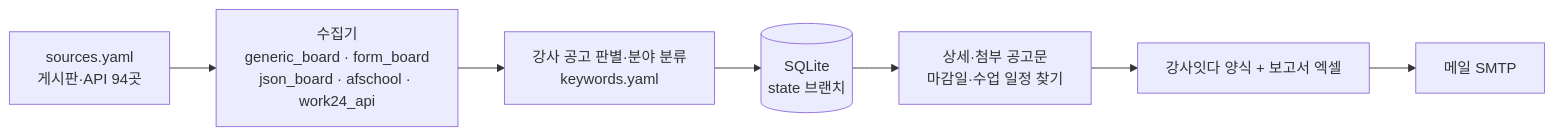
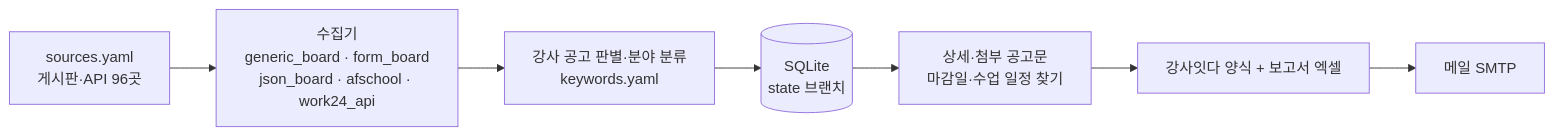
One commit to thskal17-sudo/busan-school-company changed the diagram in docs/DESIGN.md. Above: the diagram before and after it, drawn with Mermaid. The commit also changed other lines of this file and 6 other files, not shown here.

````diff
--- a/docs/DESIGN.md
+++ b/docs/DESIGN.md
@@ -29,9 +29,9 @@
 ```mermaid
 flowchart LR
-    S[sources.yaml<br/>게시판·API 94곳] --> C[수집기<br/>generic_board · form_board<br/>json_board · afschool · work24_api]
+    S[sources.yaml<br/>게시판·API 96곳] --> C[수집기<br/>generic_board · form_board<br/>json_board · afschool · work24_api]
     C --> F[강사 공고 판별·분야 분류<br/>keywords.yaml]
     F --> D[(SQLite<br/>state 브랜치)]
     D --> I[상세·첨부 공고문<br/>마감일·수업 일정 찾기]
     I --> X[강사잇다 양식 + 보고서 엑셀]
     X --> M[메일 SMTP]
 ```
````
